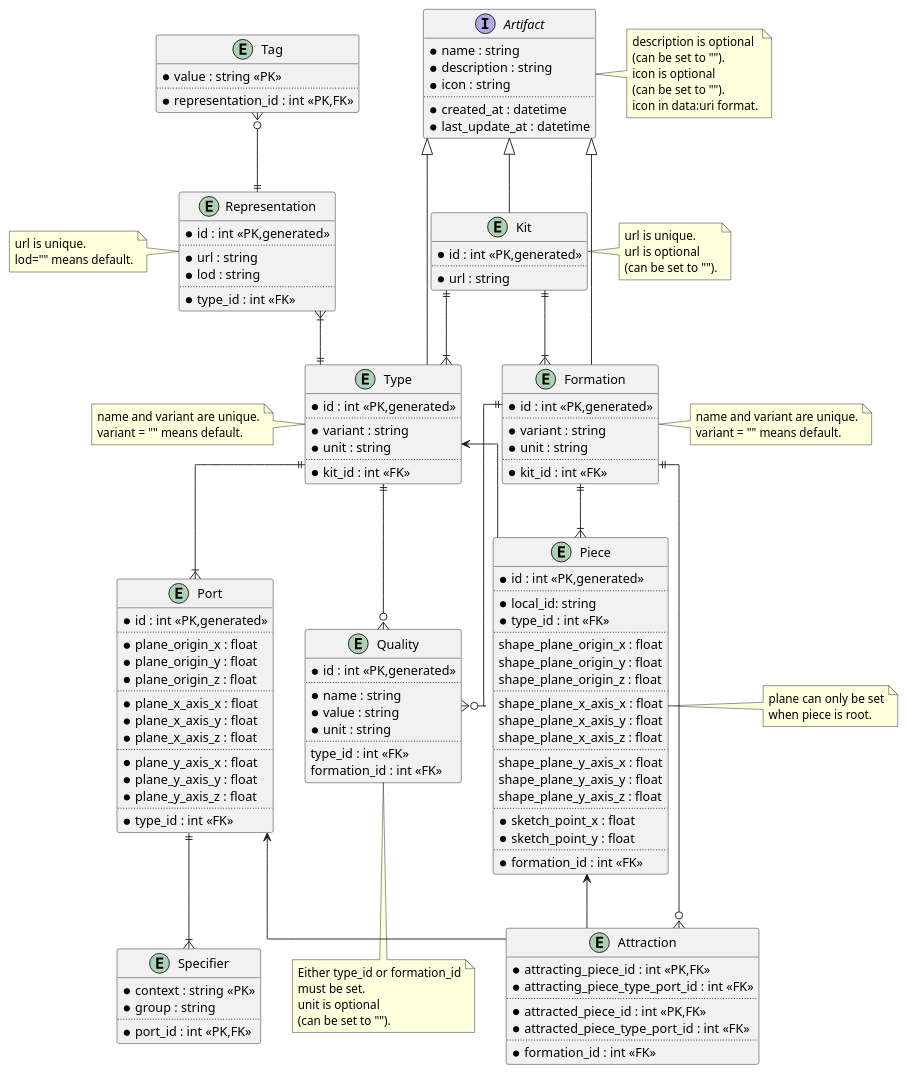
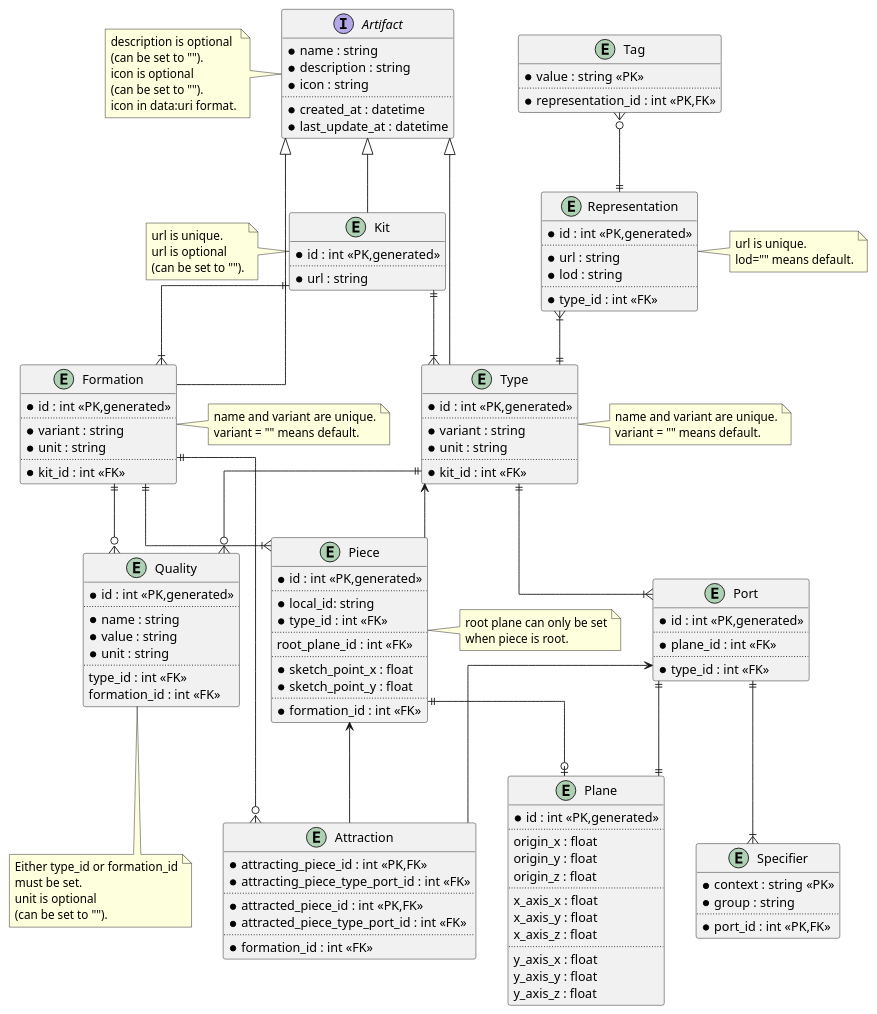
Before and after one commit to usalu/semio: the diagram in docs/softwarequality/softwarearchitecture/dataarchitecture.pu, drawn with PlantUML. The commit also changed 7 other files, not shown here.

```diff
--- a/docs/softwarequality/softwarearchitecture/dataarchitecture.pu
+++ b/docs/softwarequality/softwarearchitecture/dataarchitecture.pu
@@ -1,175 +1,173 @@
 @startuml "data architecture"
 skinparam linetype ortho
 
 interface Artifact {
     *name : string
     *description : string
     *icon : string
     ..
     *created_at : datetime
     *last_update_at : datetime
 }
-note right of Artifact
+note left of Artifact
     description is optional
     (can be set to "").
     icon is optional
     (can be set to "").
     icon in data:uri format.
 end note
 
 entity Kit {
     *id : int <<PK,generated>> 
     ..
     *url : string
 }
-note right of Kit
+note left of Kit
     url is unique.
     url is optional
     (can be set to "").
 end note
 
 entity Type {
     *id : int <<PK,generated>>
     ..
     *variant : string
     *unit : string
     ..
     *kit_id : int <<FK>>
 }
-note left of Type
+note right of Type
     name and variant are unique.
     variant = "" means default.
 end note
 
 entity Representation {
     *id : int <<PK,generated>>
     ..
     *url : string
     *lod : string
     ..
     *type_id : int <<FK>>
 }
-note left of Representation
+note right of Representation
     url is unique.
     lod="" means default.
 end note
 
 entity Tag {
     *value : string <<PK>>
     ..
     *representation_id : int <<PK,FK>>
 }
 
+entity Plane{
+    *id : int <<PK,generated>>
+    ..
+    origin_x : float
+    origin_y : float
+    origin_z : float
+    ..
+    x_axis_x : float
+    x_axis_y : float
+    x_axis_z : float
+    ..
+    y_axis_x : float
+    y_axis_y : float
+    y_axis_z : float
+}
+
 entity Port {
     *id : int <<PK,generated>>
     ..
-    *plane_origin_x : float
-    *plane_origin_y : float
-    *plane_origin_z : float
-    ..
-    *plane_x_axis_x : float
-    *plane_x_axis_y : float
-    *plane_x_axis_z : float
-    ..
-    *plane_y_axis_x : float
-    *plane_y_axis_y : float
-    *plane_y_axis_z : float
+    *plane_id : int <<FK>>
     ..
     *type_id : int <<FK>>
 }
 
 entity Quality {
     *id : int <<PK,generated>>
     ..
     *name : string
     *value : string
     *unit : string
     ..
     type_id : int <<FK>>
     formation_id : int <<FK>>
 }
 note bottom of Quality
     Either type_id or formation_id
     must be set.
     unit is optional
     (can be set to "").
 end note
 
 
 entity Specifier {
     *context : string <<PK>>
     *group : string
     ..
     *port_id : int <<PK,FK>>
 }
 
 entity Piece{
     *id : int <<PK,generated>>
     ..
     *local_id: string
     *type_id : int <<FK>>
     ..
-    shape_plane_origin_x : float
-    shape_plane_origin_y : float
-    shape_plane_origin_z : float
-    ..
-    shape_plane_x_axis_x : float
-    shape_plane_x_axis_y : float
-    shape_plane_x_axis_z : float
-    ..
-    shape_plane_y_axis_x : float
-    shape_plane_y_axis_y : float
-    shape_plane_y_axis_z : float
+    root_plane_id : int <<FK>>
     ..
     *sketch_point_x : float
     *sketch_point_y : float
     ..
     *formation_id : int <<FK>>
 }
 note right of Piece
-    plane can only be set
+    root plane can only be set
     when piece is root.
 end note
 
 entity Attraction {
     *attracting_piece_id : int <<PK,FK>>
     *attracting_piece_type_port_id : int <<FK>>
     ..
     *attracted_piece_id : int <<PK,FK>>
     *attracted_piece_type_port_id : int <<FK>>
     ..
     *formation_id : int <<FK>>
 }
 
 entity Formation {
     *id : int <<PK,generated>>
     ..
     *variant : string
     *unit : string
     ..
     *kit_id : int <<FK>>
 }
 note right of Formation
     name and variant are unique.
     variant = "" means default.
 end note
 
 Kit ||--|{ Formation
 Kit ||--|{ Type 
 Tag }o--|| Representation
 Representation }|--|| Type
 Type ||--|{ Port
 Type ||--o{ Quality
 Formation ||--|{ Piece
 Formation ||--o{ Attraction
 Formation ||--o{ Quality
+Port ||--|| Plane
 Port ||--|{  Specifier
+Piece ||--o| Plane
 Type <-- Piece
 Piece <-- Attraction
 Port <-- Attraction
 
 Artifact <|-- Kit
 Artifact <|-- Formation
 Artifact <|-- Type
 
 @enduml
```
